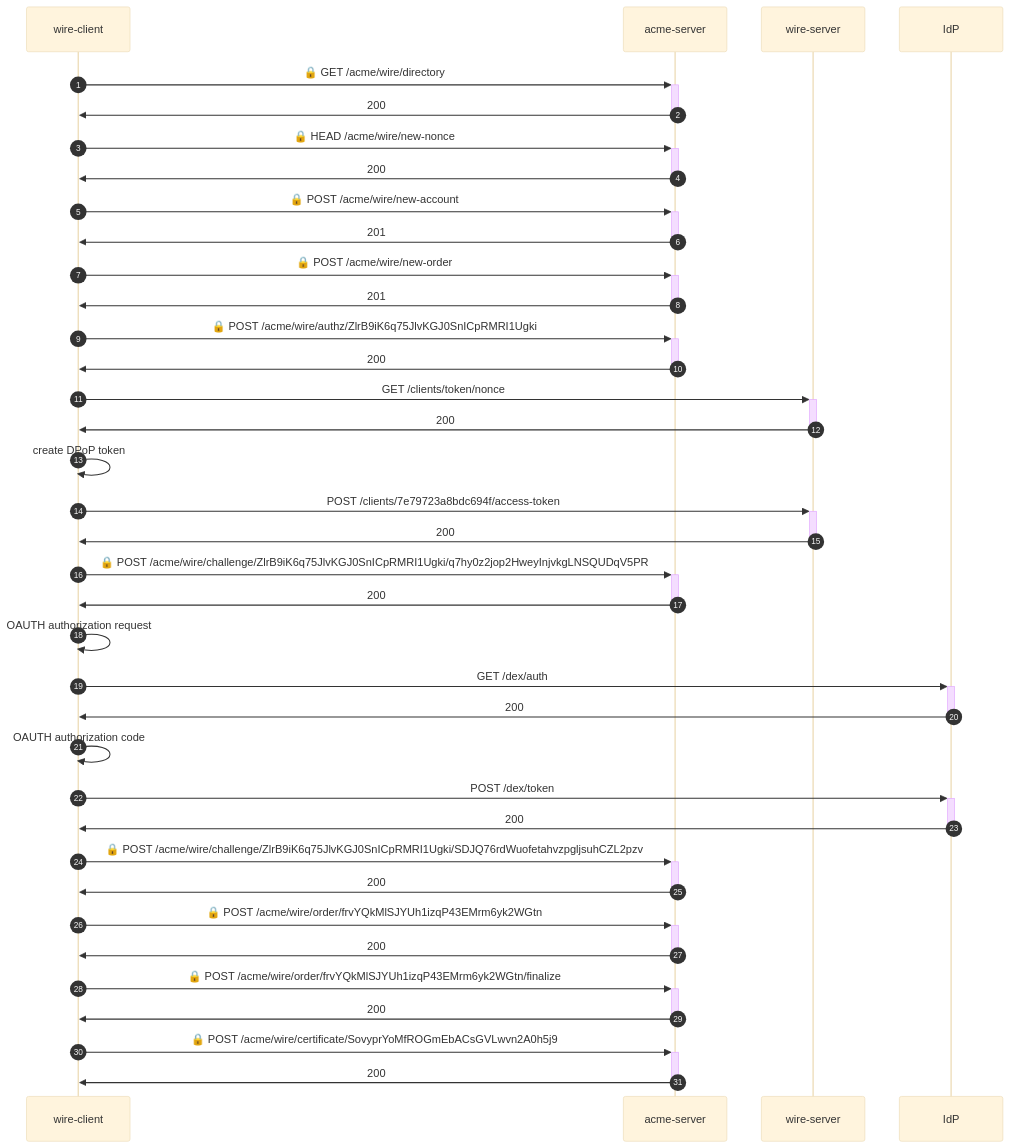
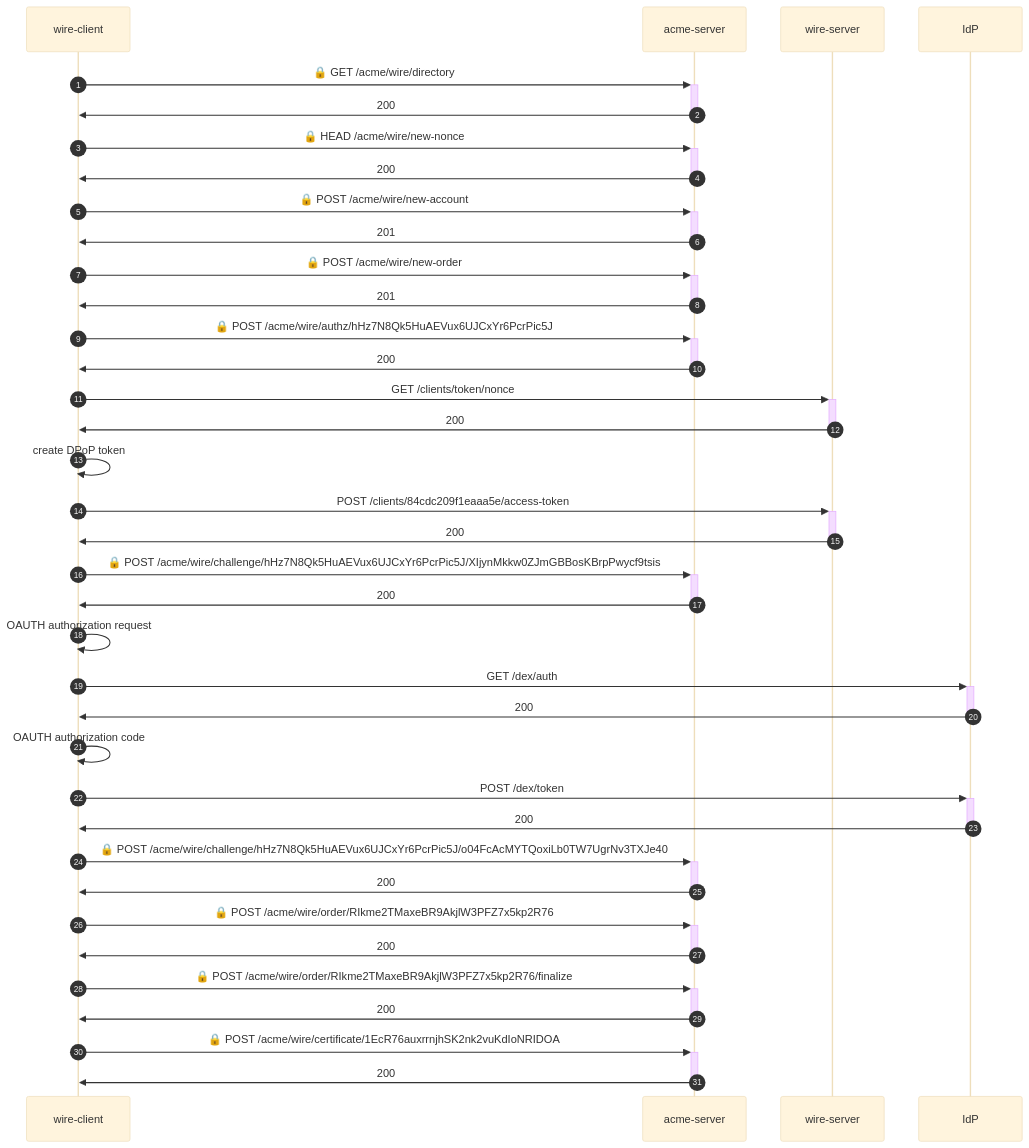
The diagram in e2e-identity/README.md (wireapp/rusty-jwt-tools), drawn with Mermaid (base theme) before and after one commit. The commit also changed other lines of this file and 34 other files, not shown here.

Commit message:
feat!: add 'handle' & 'team' to the client DPoP token and verify these in the ACME server & wire-server

````diff
--- a/e2e-identity/README.md
+++ b/e2e-identity/README.md
@@ -3,35 +3,35 @@
 ```mermaid
 sequenceDiagram
     autonumber
     wire-client->>+acme-server: 🔒 GET /acme/wire/directory
     acme-server->>-wire-client: 200
     wire-client->>+acme-server: 🔒 HEAD /acme/wire/new-nonce
     acme-server->>-wire-client: 200
     wire-client->>+acme-server: 🔒 POST /acme/wire/new-account
     acme-server->>-wire-client: 201
     wire-client->>+acme-server: 🔒 POST /acme/wire/new-order
     acme-server->>-wire-client: 201
-    wire-client->>+acme-server: 🔒 POST /acme/wire/authz/ZlrB9iK6q75JlvKGJ0SnICpRMRI1Ugki
+    wire-client->>+acme-server: 🔒 POST /acme/wire/authz/hHz7N8Qk5HuAEVux6UJCxYr6PcrPic5J
     acme-server->>-wire-client: 200
     wire-client->>+wire-server:  GET /clients/token/nonce
     wire-server->>-wire-client: 200
     wire-client->>wire-client: create DPoP token
-    wire-client->>+wire-server:  POST /clients/7e79723a8bdc694f/access-token
+    wire-client->>+wire-server:  POST /clients/84cdc209f1eaaa5e/access-token
     wire-server->>-wire-client: 200
-    wire-client->>+acme-server: 🔒 POST /acme/wire/challenge/ZlrB9iK6q75JlvKGJ0SnICpRMRI1Ugki/q7hy0z2jop2HweyInjvkgLNSQUDqV5PR
+    wire-client->>+acme-server: 🔒 POST /acme/wire/challenge/hHz7N8Qk5HuAEVux6UJCxYr6PcrPic5J/XIjynMkkw0ZJmGBBosKBrpPwycf9tsis
     acme-server->>-wire-client: 200
     wire-client->>wire-client: OAUTH authorization request
     wire-client->>+IdP:  GET /dex/auth
     IdP->>-wire-client: 200
     wire-client->>wire-client: OAUTH authorization code
     wire-client->>+IdP:  POST /dex/token
     IdP->>-wire-client: 200
-    wire-client->>+acme-server: 🔒 POST /acme/wire/challenge/ZlrB9iK6q75JlvKGJ0SnICpRMRI1Ugki/SDJQ76rdWuofetahvzpgljsuhCZL2pzv
+    wire-client->>+acme-server: 🔒 POST /acme/wire/challenge/hHz7N8Qk5HuAEVux6UJCxYr6PcrPic5J/o04FcAcMYTQoxiLb0TW7UgrNv3TXJe40
     acme-server->>-wire-client: 200
-    wire-client->>+acme-server: 🔒 POST /acme/wire/order/frvYQkMlSJYUh1izqP43EMrm6yk2WGtn
+    wire-client->>+acme-server: 🔒 POST /acme/wire/order/RIkme2TMaxeBR9AkjlW3PFZ7x5kp2R76
     acme-server->>-wire-client: 200
-    wire-client->>+acme-server: 🔒 POST /acme/wire/order/frvYQkMlSJYUh1izqP43EMrm6yk2WGtn/finalize
+    wire-client->>+acme-server: 🔒 POST /acme/wire/order/RIkme2TMaxeBR9AkjlW3PFZ7x5kp2R76/finalize
     acme-server->>-wire-client: 200
-    wire-client->>+acme-server: 🔒 POST /acme/wire/certificate/SovyprYoMfROGmEbACsGVLwvn2A0h5j9
+    wire-client->>+acme-server: 🔒 POST /acme/wire/certificate/1EcR76auxrrnjhSK2nk2vuKdIoNRIDOA
     acme-server->>-wire-client: 200
 ```
````
